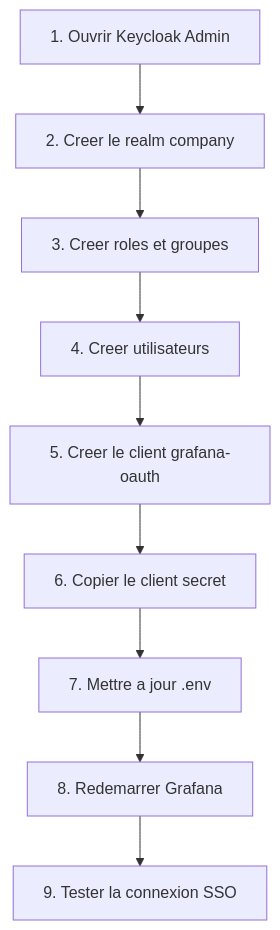
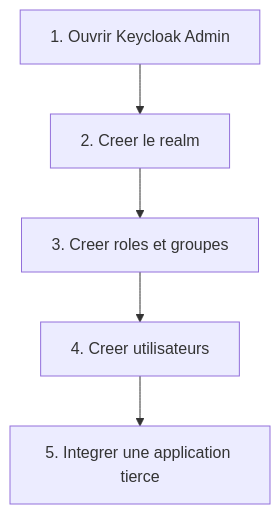
One commit to RobinThiriet/Keycloak changed the diagram in docs/keycloak-admin-checklist.md. Above: the diagram before and after it, drawn with Mermaid. The commit also changed other lines of this file and 6 other files, not shown here.

````diff
--- a/docs/keycloak-admin-checklist.md
+++ b/docs/keycloak-admin-checklist.md
@@ -9,11 +9,7 @@
 ```mermaid
 flowchart TD
-    A[1. Ouvrir Keycloak Admin] --> B[2. Creer le realm company]
+    A[1. Ouvrir Keycloak Admin] --> B[2. Creer le realm]
     B --> C[3. Creer roles et groupes]
     C --> D[4. Creer utilisateurs]
-    D --> E[5. Creer le client grafana-oauth]
-    E --> F[6. Copier le client secret]
-    F --> G[7. Mettre a jour .env]
-    G --> H[8. Redemarrer Grafana]
-    H --> I[9. Tester la connexion SSO]
+    D --> E[5. Integrer une application tierce]
 ```
````
